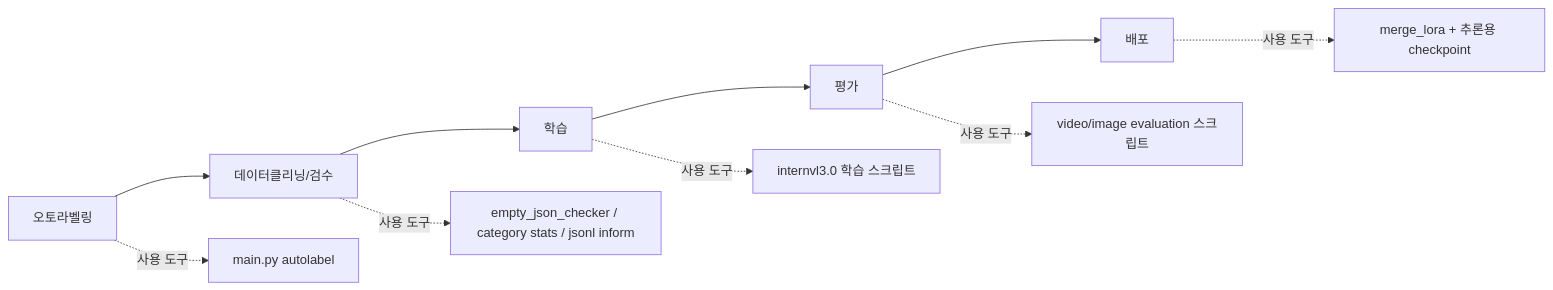
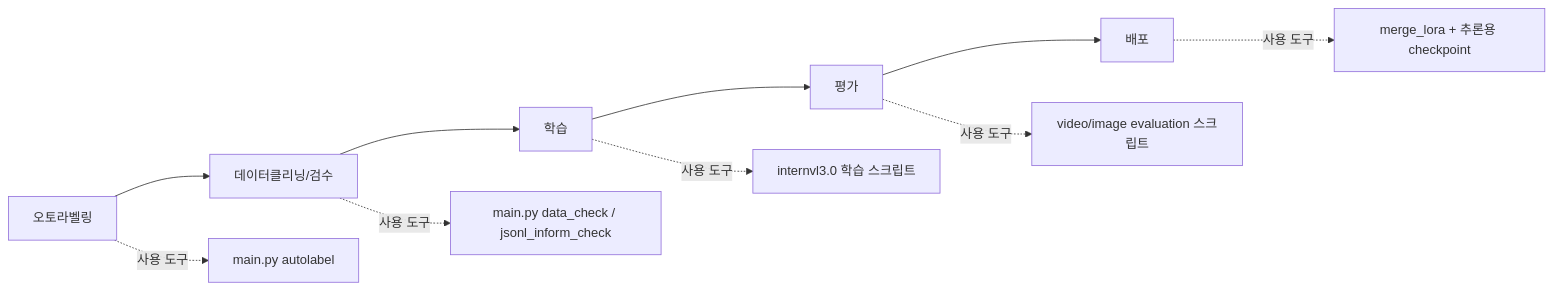
Before and after one commit to jungseoik/train_eval_toolkit: the diagram in README.md, drawn with Mermaid. The commit also changed other lines of this file and 10 other files, not shown here.

````diff
--- a/README.md
+++ b/README.md
@@ -5,13 +5,13 @@
 ```mermaid
 flowchart LR
     B[오토라벨링] --> C[데이터클리닝/검수]
     C --> D[학습]
     D --> E[평가]
     E --> F[배포]
 
     B -. 사용 도구 .-> B1[main.py autolabel]
-    C -. 사용 도구 .-> C1[empty_json_checker / category stats / jsonl inform]
+    C -. 사용 도구 .-> C1[main.py data_check / jsonl_inform_check]
     D -. 사용 도구 .-> D1[internvl3.0 학습 스크립트]
     E -. 사용 도구 .-> E1[video/image evaluation 스크립트]
     F -. 사용 도구 .-> F1[merge_lora + 추론용 checkpoint]
 ```
````
